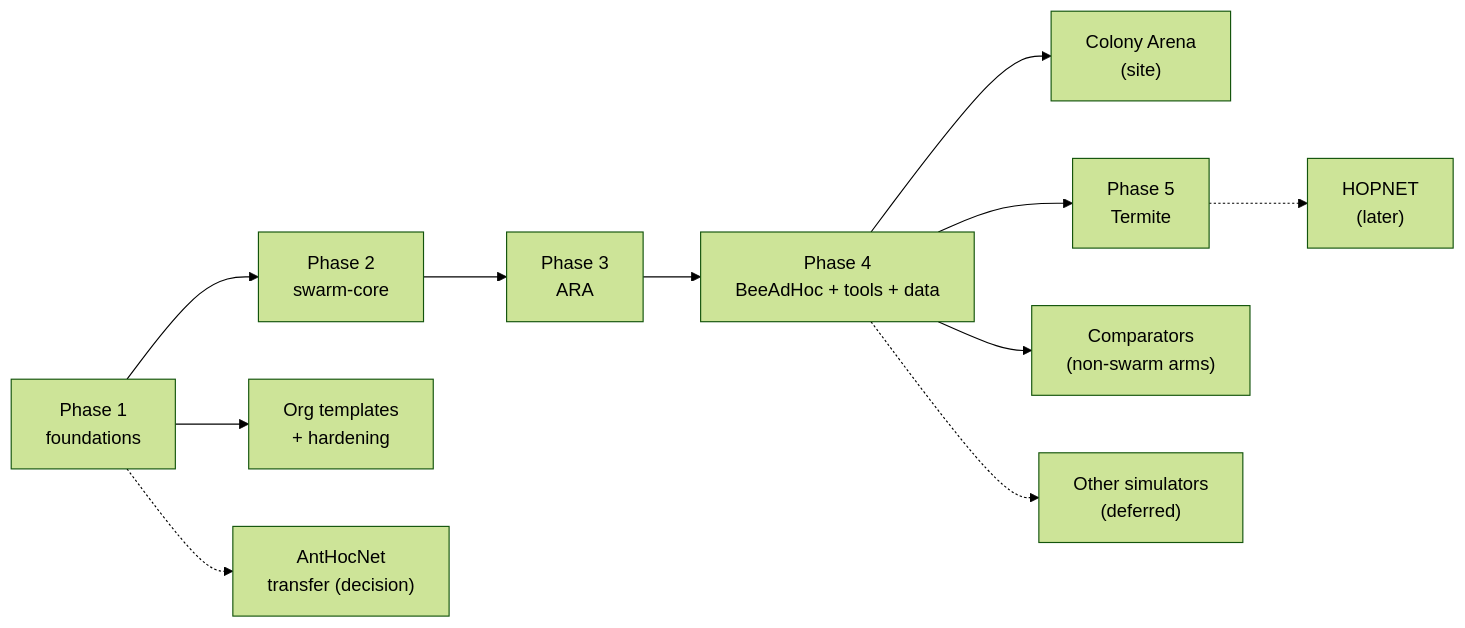
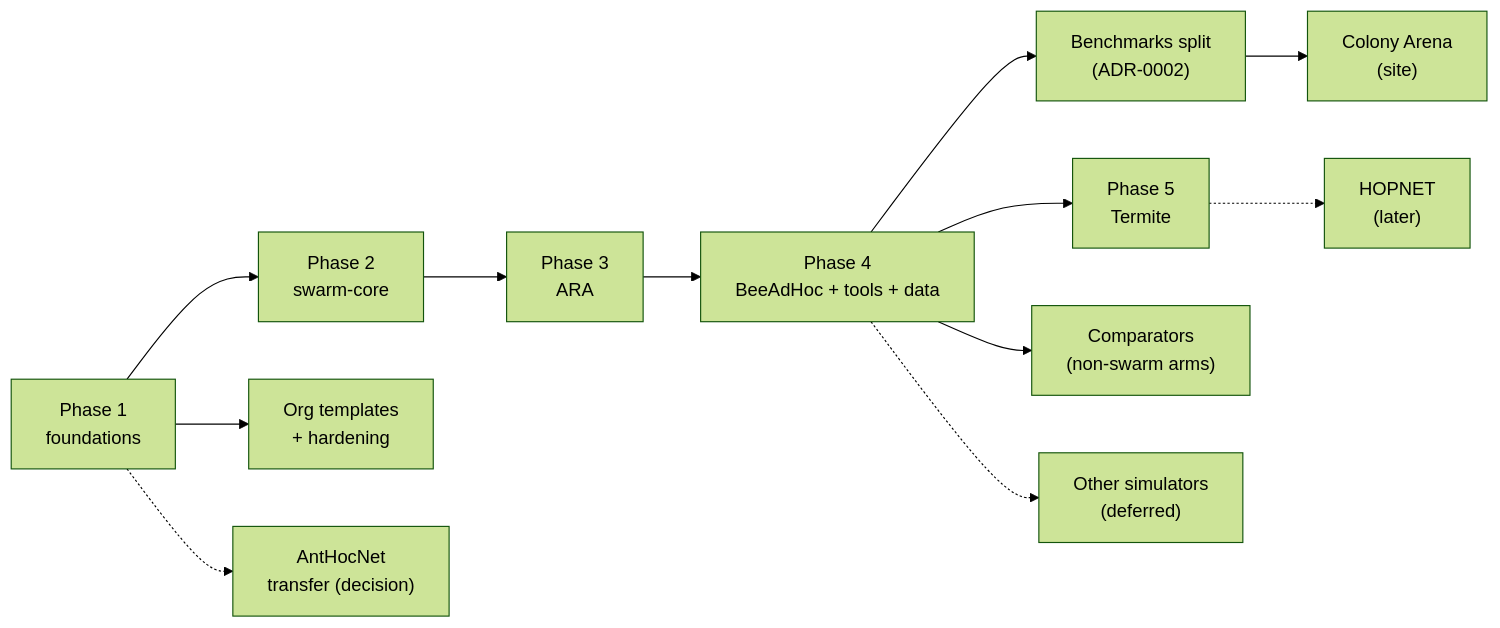
Before and after one commit to swarm-routing/.github: the diagram in ROADMAP.md, drawn with Mermaid (forest theme). The commit also changed other lines of this file and 1 other file, not shown here.

First line of the commit message:
docs(roadmap): status after 2026-11-10 — data format done, swarm-core primitives merged, benchmarks split (adr-0002)

````diff
--- a/ROADMAP.md
+++ b/ROADMAP.md
@@ -23,13 +23,14 @@
 ```mermaid
 flowchart LR
   P1["Phase 1<br/>foundations"] --> P2["Phase 2<br/>swarm-core"]
   P2 --> P3["Phase 3<br/>ARA"]
   P3 --> P4["Phase 4<br/>BeeAdHoc + tools + data"]
-  P4 --> S["Colony Arena<br/>(site)"]
+  P4 --> B["Benchmarks split<br/>(ADR-0002)"]
+  B --> S["Colony Arena<br/>(site)"]
   P4 --> P5["Phase 5<br/>Termite"]
   P5 -.-> H["HOPNET<br/>(later)"]
   P1 --> O["Org templates<br/>+ hardening"]
   P4 --> C["Comparators<br/>(non-swarm arms)"]
   P1 -.-> T["AntHocNet<br/>transfer (decision)"]
   P4 -.-> X["Other simulators<br/>(deferred)"]
 ```
````
